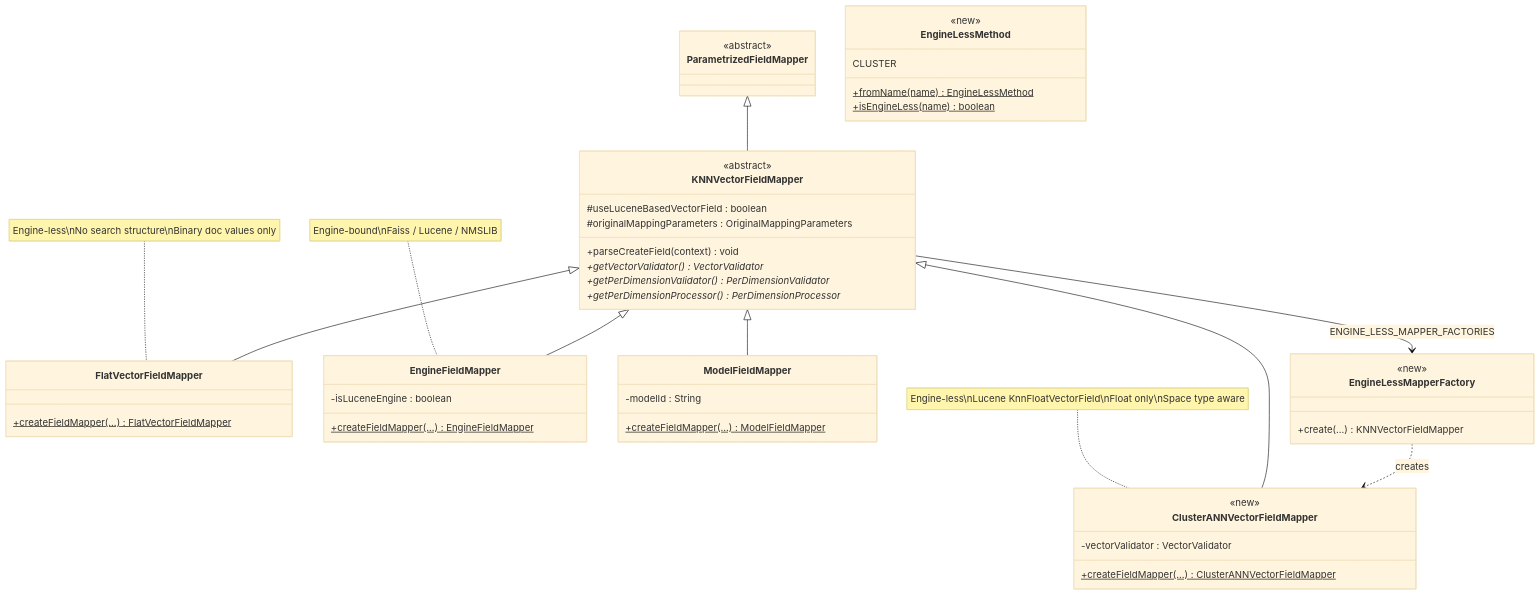
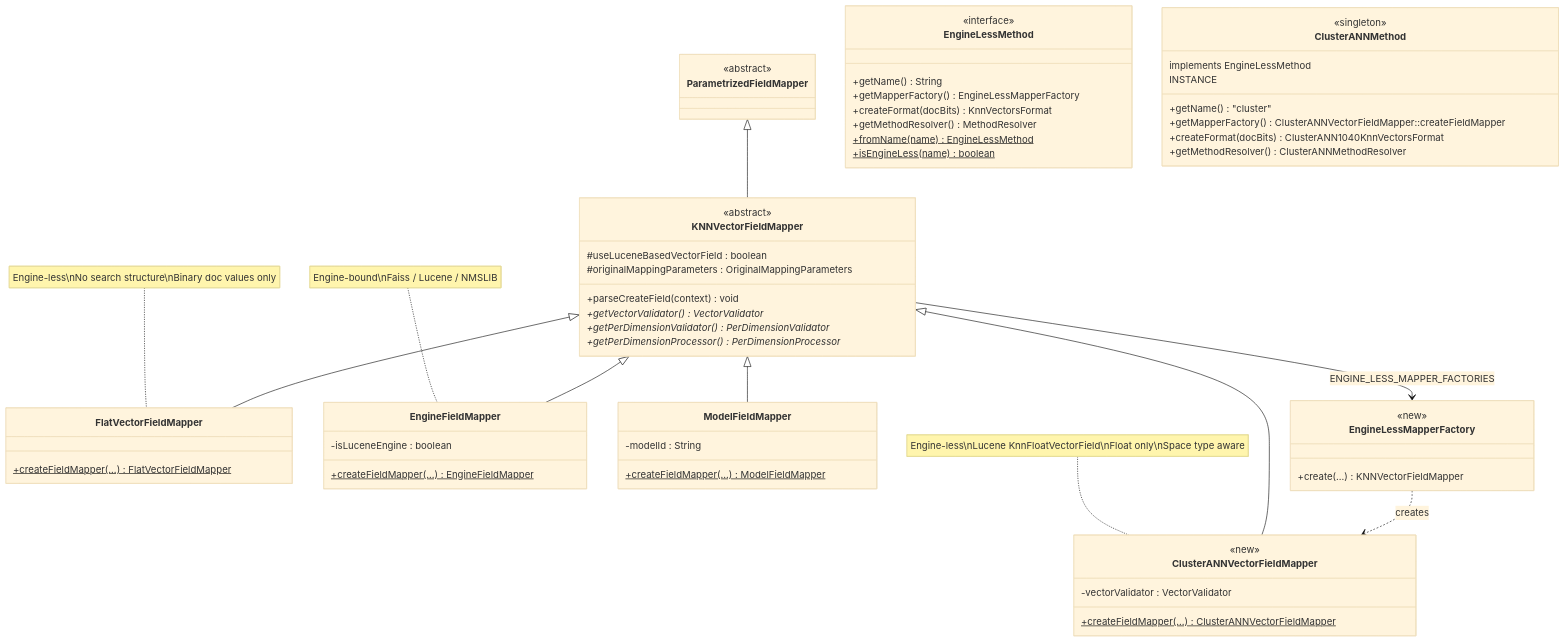
The first of 5 diagrams in designDocs/cluster-ann/CLUSTER_VECTOR_FIELD_MAPPER_LLD.md (navneet1v/k-NN), drawn with Mermaid (base theme) before and after one commit. The commit also changed other lines of this file and 7 other files, not shown here.

````diff
--- a/designDocs/cluster-ann/CLUSTER_VECTOR_FIELD_MAPPER_LLD.md
+++ b/designDocs/cluster-ann/CLUSTER_VECTOR_FIELD_MAPPER_LLD.md
@@ -26,65 +27,77 @@
 ```mermaid
 classDiagram
     direction TB
 
     class ParametrizedFieldMapper {
         <<abstract>>
         <<OpenSearch Core>>
     }
 
     class KNNVectorFieldMapper {
         <<abstract>>
         #useLuceneBasedVectorField : boolean
         #originalMappingParameters : OriginalMappingParameters
         +parseCreateField(context) void
         +getVectorValidator()* VectorValidator
         +getPerDimensionValidator()* PerDimensionValidator
         +getPerDimensionProcessor()* PerDimensionProcessor
     }
 
     class FlatVectorFieldMapper {
         +createFieldMapper(...)$ FlatVectorFieldMapper
     }
 
     class EngineFieldMapper {
         -isLuceneEngine : boolean
         +createFieldMapper(...)$ EngineFieldMapper
     }
 
     class ModelFieldMapper {
         -modelId : String
         +createFieldMapper(...)$ ModelFieldMapper
     }
 
     class ClusterANNVectorFieldMapper {
         <<new>>
         -vectorValidator : VectorValidator
         +createFieldMapper(...)$ ClusterANNVectorFieldMapper
     }
 
     class EngineLessMethod {
-        <<new>>
-        <<enum>>
-        CLUSTER
+        <<interface>>
+        +getName() String
+        +getMapperFactory() EngineLessMapperFactory
+        +createFormat(docBits) KnnVectorsFormat
+        +getMethodResolver() MethodResolver
         +fromName(name)$ EngineLessMethod
         +isEngineLess(name)$ boolean
+    }
+
+    class ClusterANNMethod {
+        <<singleton>>
+        implements EngineLessMethod
+        INSTANCE
+        +getName() "cluster"
+        +getMapperFactory() ClusterANNVectorFieldMapper::createFieldMapper
+        +createFormat(docBits) ClusterANN1040KnnVectorsFormat
+        +getMethodResolver() ClusterANNMethodResolver
     }
 
     class EngineLessMapperFactory {
         <<new>>
         <<interface>>
         +create(...) KNNVectorFieldMapper
     }
 
     ParametrizedFieldMapper <|-- KNNVectorFieldMapper
     KNNVectorFieldMapper <|-- FlatVectorFieldMapper
     KNNVectorFieldMapper <|-- EngineFieldMapper
     KNNVectorFieldMapper <|-- ModelFieldMapper
     KNNVectorFieldMapper <|-- ClusterANNVectorFieldMapper
     KNNVectorFieldMapper --> EngineLessMapperFactory : ENGINE_LESS_MAPPER_FACTORIES
     EngineLessMapperFactory ..> ClusterANNVectorFieldMapper : creates
 
     note for FlatVectorFieldMapper "Engine-less\nNo search structure\nBinary doc values only"
     note for EngineFieldMapper "Engine-bound\nFaiss / Lucene / NMSLIB"
     note for ClusterANNVectorFieldMapper "Engine-less\nLucene KnnFloatVectorField\nFloat only\nSpace type aware"
 ```
````
